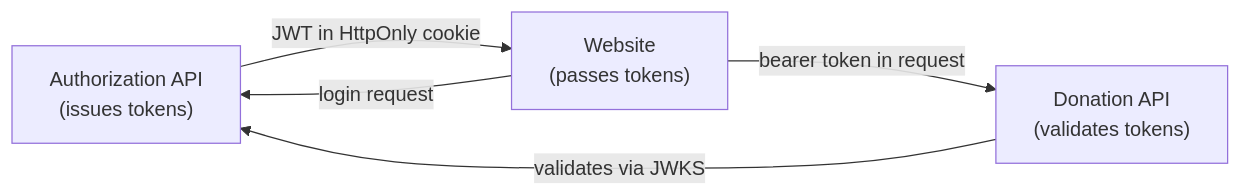
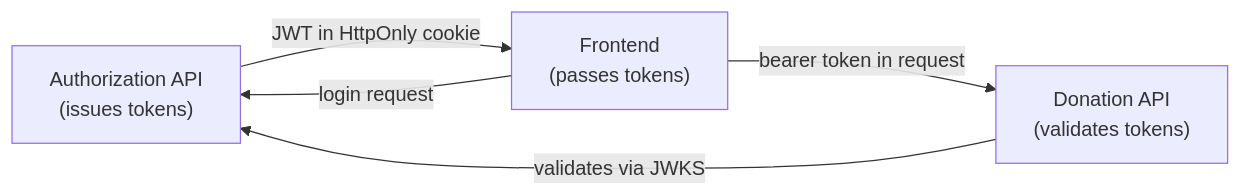
Before and after one commit to wouterfennis/TimeForCode: the diagram in docs/target/authorization-and-roles.md, drawn with Mermaid. The commit also changed other lines of this file and 142 other files, not shown here.

````diff
--- a/docs/target/authorization-and-roles.md
+++ b/docs/target/authorization-and-roles.md
@@ -118,11 +118,11 @@
 ```mermaid
 graph LR
     AuthAPI["Authorization API\n(issues tokens)"]
     DonationAPI["Donation API\n(validates tokens)"]
-    Website["Website\n(passes tokens)"]
+    Frontend["Frontend\n(passes tokens)"]
 
-    Website -->|login request| AuthAPI
-    AuthAPI -->|JWT in HttpOnly cookie| Website
-    Website -->|bearer token in request| DonationAPI
+    Frontend -->|login request| AuthAPI
+    AuthAPI -->|JWT in HttpOnly cookie| Frontend
+    Frontend -->|bearer token in request| DonationAPI
     DonationAPI -->|validates via JWKS| AuthAPI
 ```
````
